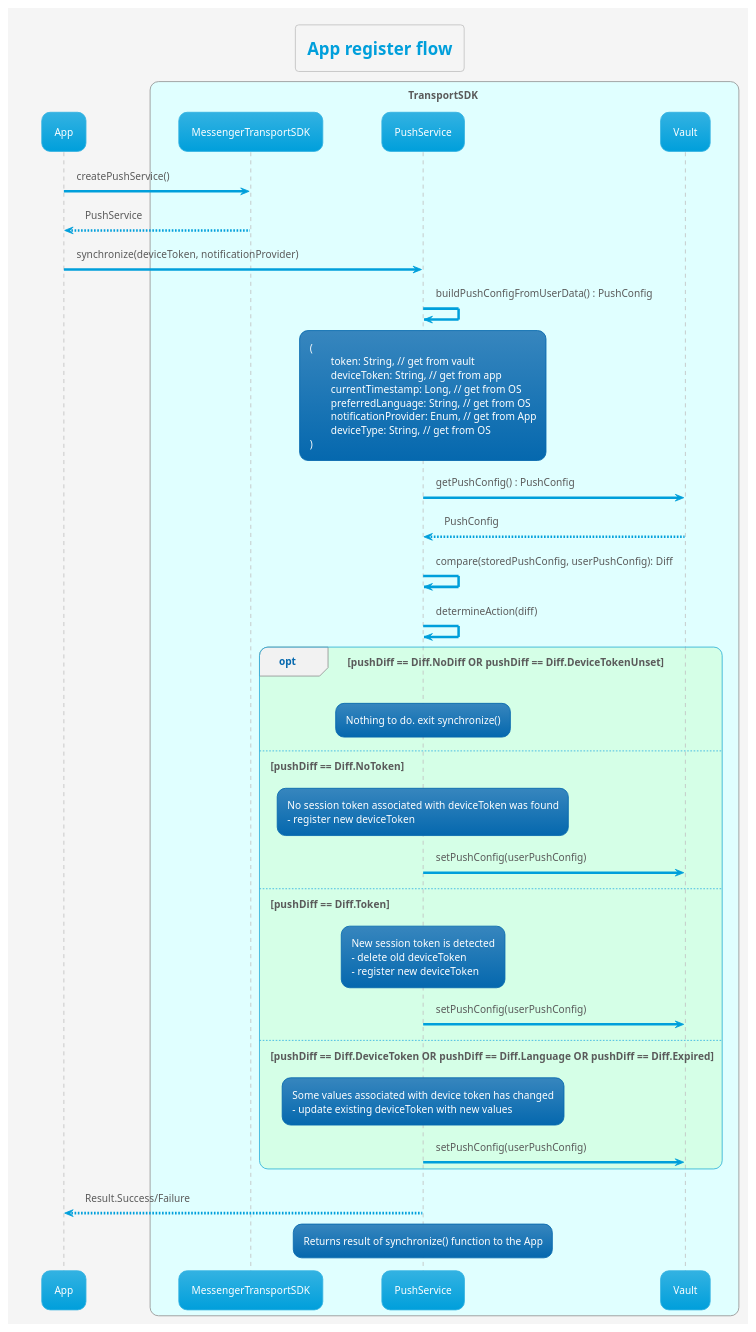
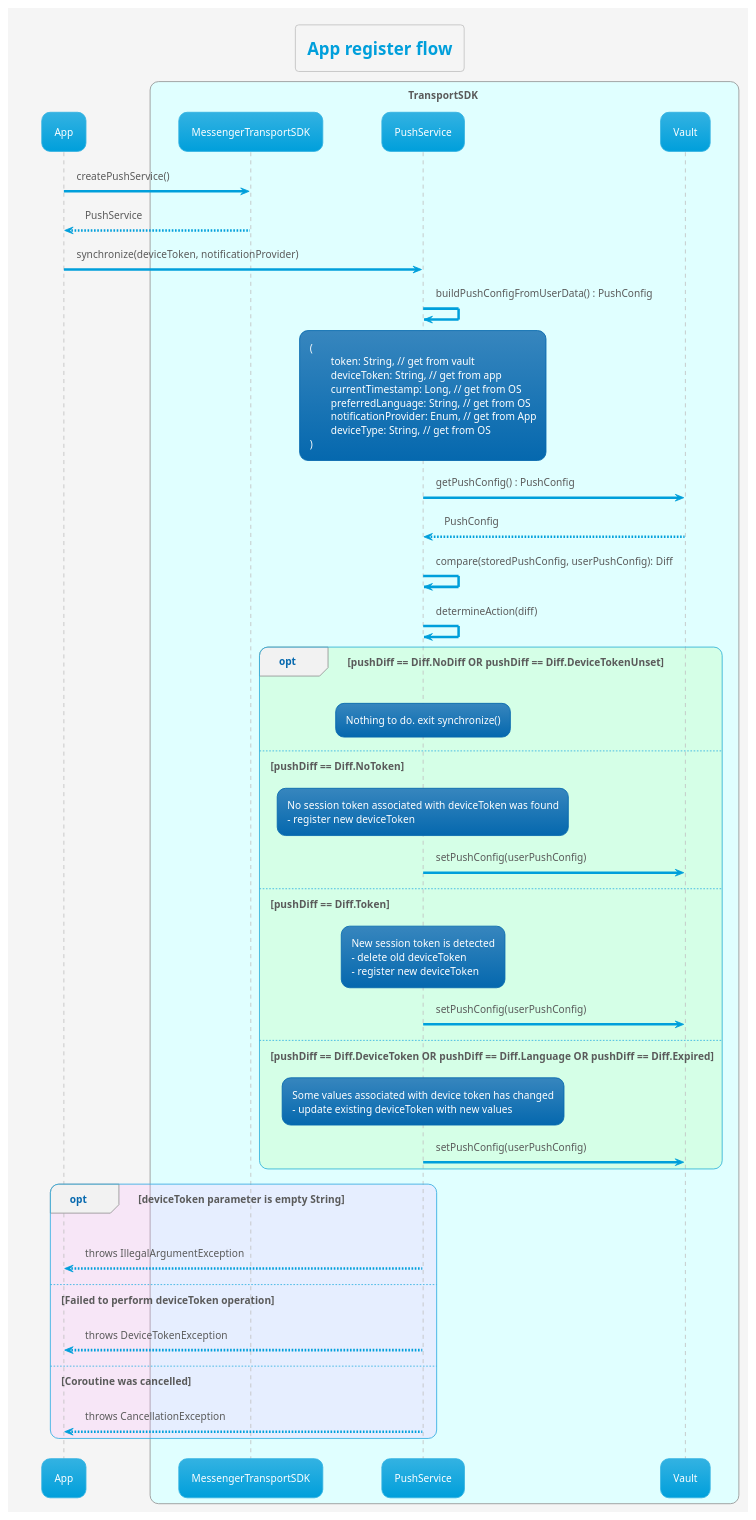
One commit to MyPureCloud/genesys-messenger-transport-mobile-sdk changed the diagram in transport/uml/push/app_push_flow.puml. Above: the diagram before and after it, drawn with PlantUML. The commit also changed 11 other files, not shown here.

First line of the commit message:
MTSDK-629 Update uml diagrams (#342)

```diff
--- a/transport/uml/push/app_push_flow.puml
+++ b/transport/uml/push/app_push_flow.puml
@@ -1,67 +1,69 @@
 @startuml
 'https://plantuml.com/sequence-diagram
 
 !theme bluegray
 !pragma teoz true
 
 
 skinparam backgroundColor #whitesmoke
 title App register flow
 
 participant App
 box TransportSDK #lightcyan
 participant MessengerTransportSDK
 participant PushService
 participant Vault
 
 end box
 
 	App -> MessengerTransportSDK : createPushService()
 	MessengerTransportSDK --> App : PushService
 	App -> PushService : synchronize(deviceToken, notificationProvider)
 	PushService -> PushService : buildPushConfigFromUserData() : PushConfig
 		rnote over PushService
     	(
     		token: String, // get from vault
     		deviceToken: String, // get from app
     		currentTimestamp: Long, // get from OS
     		preferredLanguage: String, // get from OS
     		notificationProvider: Enum, // get from App
     		deviceType: String, // get from OS
     	)
     	end rnote
 
 	PushService -> Vault : getPushConfig() : PushConfig
 	Vault --> PushService : PushConfig
     PushService -> PushService : compare(storedPushConfig, userPushConfig): Diff
 	PushService -> PushService : determineAction(diff)
 
     opt #aaff8833 pushDiff == Diff.NoDiff OR pushDiff == Diff.DeviceTokenUnset
          rnote over PushService
          Nothing to do. exit synchronize()
          end rnote
 	else pushDiff == Diff.NoToken
 	    rnote over PushService
         No session token associated with deviceToken was found
         - register new deviceToken
         end rnote
         PushService -> Vault : setPushConfig(userPushConfig)
     else pushDiff == Diff.Token
         rnote over PushService
         New session token is detected
         - delete old deviceToken
         - register new deviceToken
         end rnote
         PushService -> Vault : setPushConfig(userPushConfig)
     else pushDiff == Diff.DeviceToken OR pushDiff == Diff.Language OR pushDiff == Diff.Expired
         rnote over PushService
         Some values associated with device token has changed
         - update existing deviceToken with new values
         end rnote
         PushService -> Vault : setPushConfig(userPushConfig)
     end
-    PushService --> App : Result.Success/Failure
-    rnote over PushService
-    Returns result of synchronize() function to the App
-    end rnote
+        opt #ffaaff33 deviceToken parameter is empty String
+            PushService --> App : throws IllegalArgumentException
+        else Failed to perform deviceToken operation
+            PushService --> App : throws DeviceTokenException
+        else Coroutine was cancelled
+            PushService --> App : throws CancellationException
 @enduml
```
